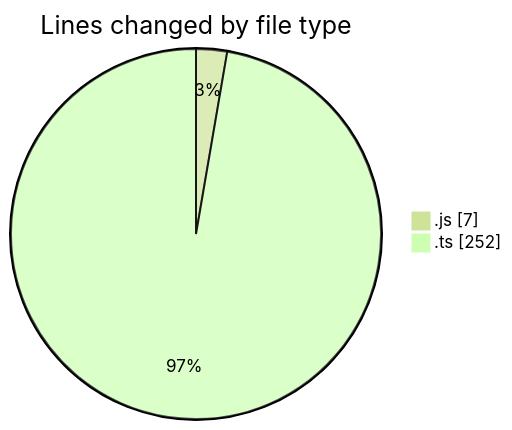
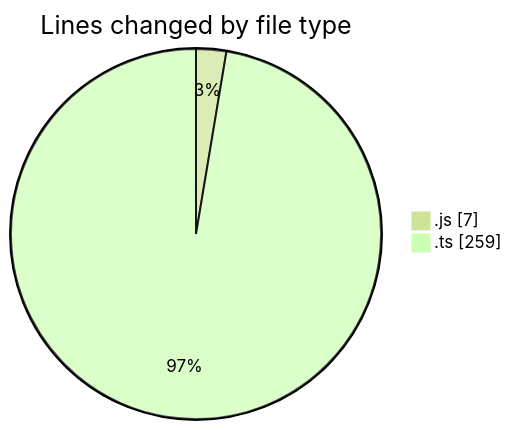
The first of 2 diagrams in 2025-06-18/cda/README.md (momahboobian/code-tracking), drawn with Mermaid (forest theme) before and after one commit. The commit also changed other lines of this file and 1 other file, not shown here.

````diff
--- a/2025-06-18/cda/README.md
+++ b/2025-06-18/cda/README.md
@@ -25,6 +25,6 @@
 ```mermaid
 pie showData
 title Lines changed by file type
 ".js" : 7
-".ts" : 252
+".ts" : 259
 ```
````
